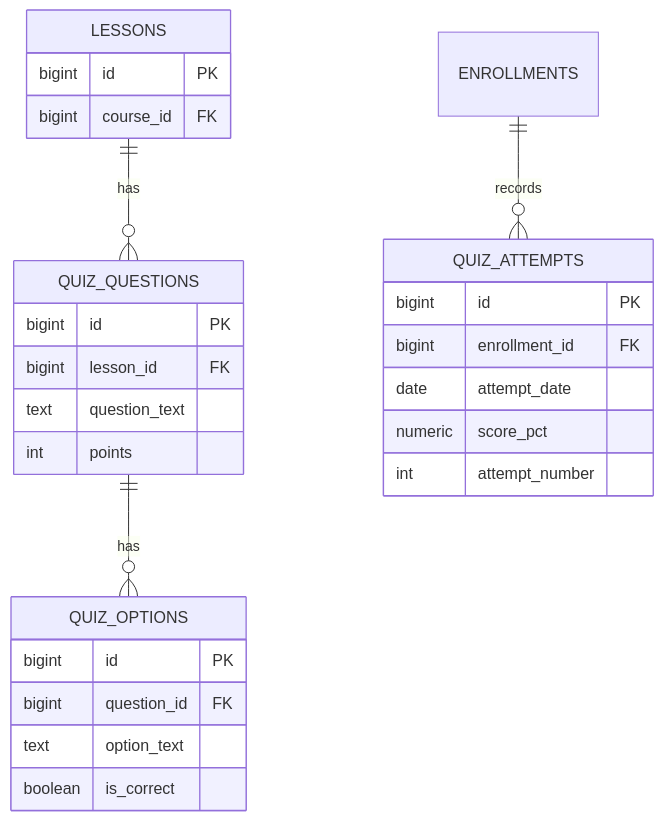
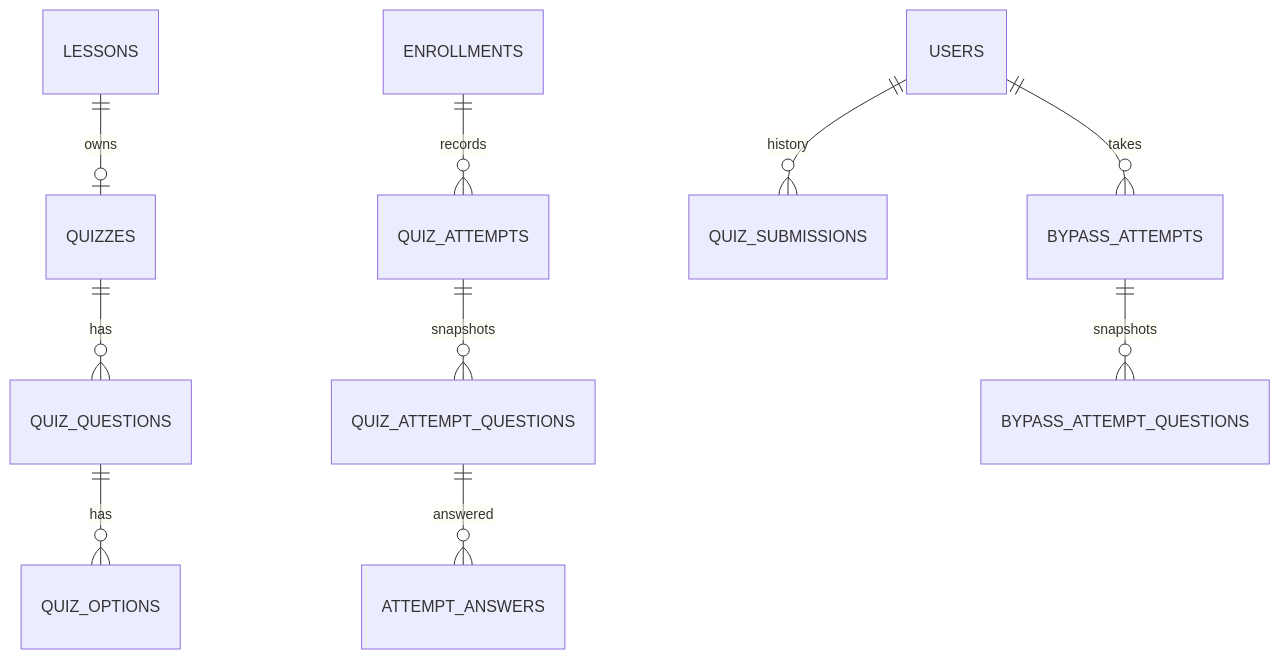
The diagram in Learnova/docs/database-design/quiz.md (saika-sarara/DBMS-2-Project), drawn with Mermaid before and after one commit. The commit also changed other lines of this file and 300 other files, not shown here.

````diff
--- a/Learnova/docs/database-design/quiz.md
+++ b/Learnova/docs/database-design/quiz.md
@@ -15,30 +21,12 @@
 ```mermaid
 erDiagram
-    LESSONS {
-        bigint id PK
-        bigint course_id FK
-    }
-    QUIZ_QUESTIONS {
-        bigint id PK
-        bigint lesson_id FK
-        text question_text
-        int points
-    }
-    QUIZ_OPTIONS {
-        bigint id PK
-        bigint question_id FK
-        text option_text
-        boolean is_correct
-    }
-    QUIZ_ATTEMPTS {
-        bigint id PK
-        bigint enrollment_id FK
-        date attempt_date
-        numeric score_pct
-        int attempt_number
-    }
-
-    LESSONS ||--o{ QUIZ_QUESTIONS : "has"
+    LESSONS ||--o| QUIZZES : "owns"
+    QUIZZES ||--o{ QUIZ_QUESTIONS : "has"
     QUIZ_QUESTIONS ||--o{ QUIZ_OPTIONS : "has"
     ENROLLMENTS ||--o{ QUIZ_ATTEMPTS : "records"
+    QUIZ_ATTEMPTS ||--o{ QUIZ_ATTEMPT_QUESTIONS : "snapshots"
+    QUIZ_ATTEMPT_QUESTIONS ||--o{ ATTEMPT_ANSWERS : "answered"
+    USERS ||--o{ QUIZ_SUBMISSIONS : "history"
+    USERS ||--o{ BYPASS_ATTEMPTS : "takes"
+    BYPASS_ATTEMPTS ||--o{ BYPASS_ATTEMPT_QUESTIONS : "snapshots"
 ```
````
